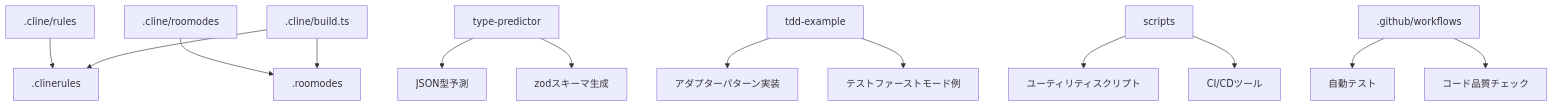
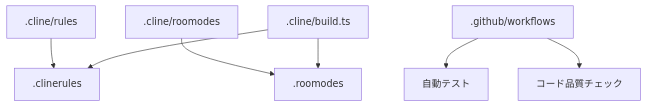
The diagram in we-edit/.cline/memory/systemPatterns.md (amano--/any), drawn with Mermaid before and after one commit. The commit also changed other lines of this file and 13 other files, not shown here.

````diff
--- a/we-edit/.cline/memory/systemPatterns.md
+++ b/we-edit/.cline/memory/systemPatterns.md
@@ -81,19 +38,10 @@
 ```mermaid
 graph TD
     A[.cline/rules] --> B[.clinerules]
     C[.cline/roomodes] --> D[.roomodes]
     E[.cline/build.ts] --> B
     E --> D
-    
-    F[type-predictor] --> G[JSON型予測]
-    F --> H[zodスキーマ生成]
-    
-    I[tdd-example] --> J[アダプターパターン実装]
-    I --> K[テストファーストモード例]
-    
-    L[scripts] --> M[ユーティリティスクリプト]
-    L --> N[CI/CDツール]
-    
+
     O[.github/workflows] --> P[自動テスト]
     O --> Q[コード品質チェック]
 ```
````
